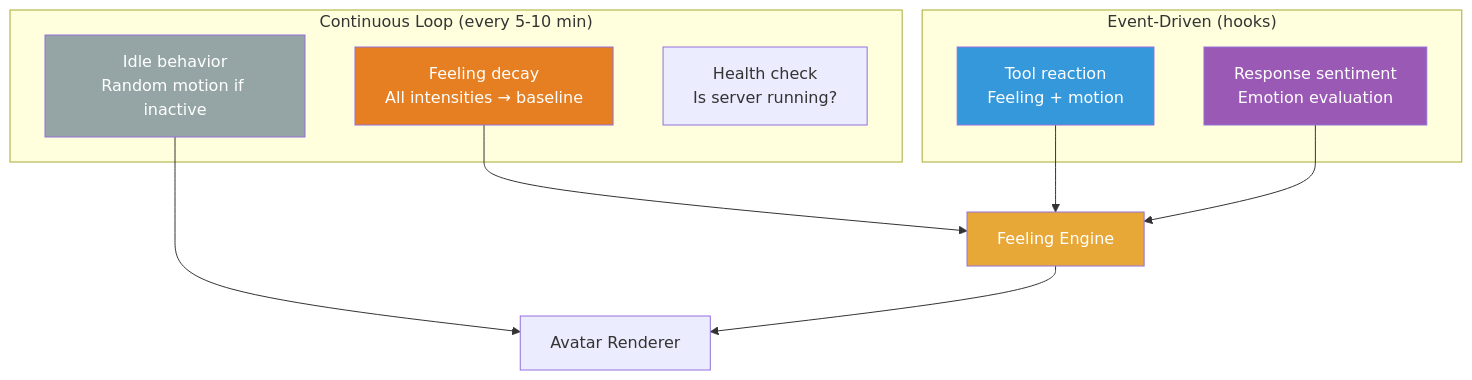
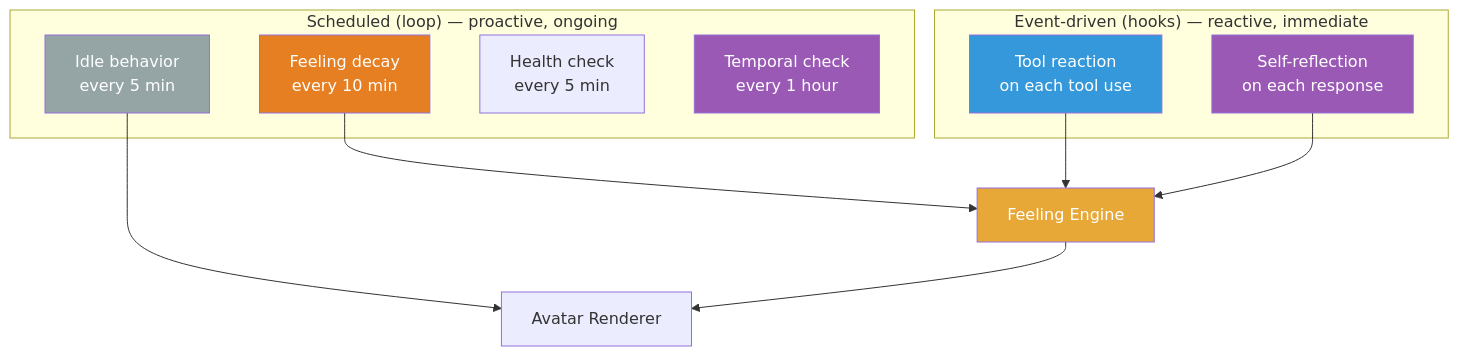
Before and after one commit to syahiidkamil/vibe-ai-partner-entity: the second of 2 diagrams in docs/claude_code/scheduled-tasks.md, drawn with Mermaid. The commit also changed other lines of this file and 6 other files, not shown here.

````diff
--- a/docs/claude_code/scheduled-tasks.md
+++ b/docs/claude_code/scheduled-tasks.md
@@ -91,25 +168,27 @@
 ```mermaid
 graph TD
-    subgraph "Continuous Loop (every 5-10 min)"
-        Decay["Feeling decay<br/>All intensities → baseline"]
-        Idle["Idle behavior<br/>Random motion if inactive"]
-        Health["Health check<br/>Is server running?"]
+    subgraph "Scheduled (loop) — proactive, ongoing"
+        Decay["Feeling decay<br/>every 10 min"]
+        Idle["Idle behavior<br/>every 5 min"]
+        Health["Health check<br/>every 5 min"]
+        Temporal["Temporal check<br/>every 1 hour"]
     end
 
-    subgraph "Event-Driven (hooks)"
-        ToolUse["Tool reaction<br/>Feeling + motion"]
-        Response["Response sentiment<br/>Emotion evaluation"]
+    subgraph "Event-driven (hooks) — reactive, immediate"
+        ToolUse["Tool reaction<br/>on each tool use"]
+        Response["Self-reflection<br/>on each response"]
     end
 
     Decay --> FE["Feeling Engine"]
     Idle --> Avatar["Avatar Renderer"]
     ToolUse --> FE
     Response --> FE
     FE --> Avatar
 
     style Decay fill:#e67e22,color:#fff
     style Idle fill:#95a5a6,color:#fff
+    style Temporal fill:#9b59b6,color:#fff
     style ToolUse fill:#3498db,color:#fff
     style Response fill:#9b59b6,color:#fff
     style FE fill:#e8a838,color:#fff
 ```
````
